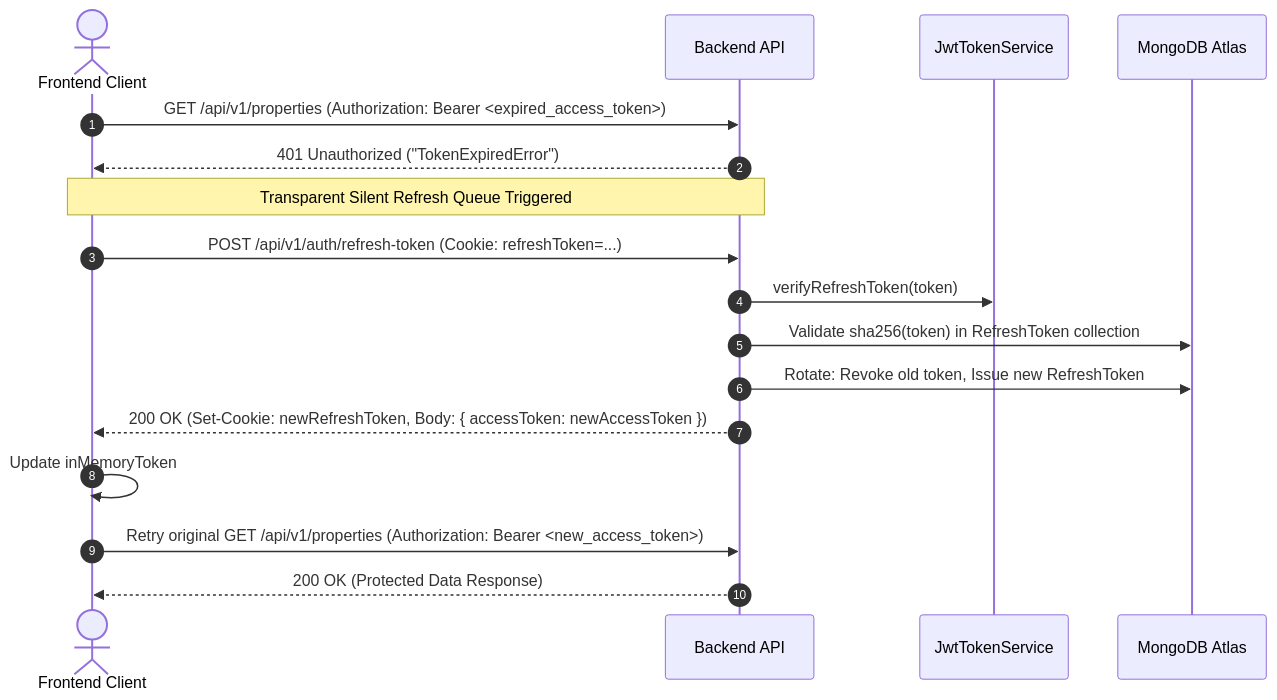
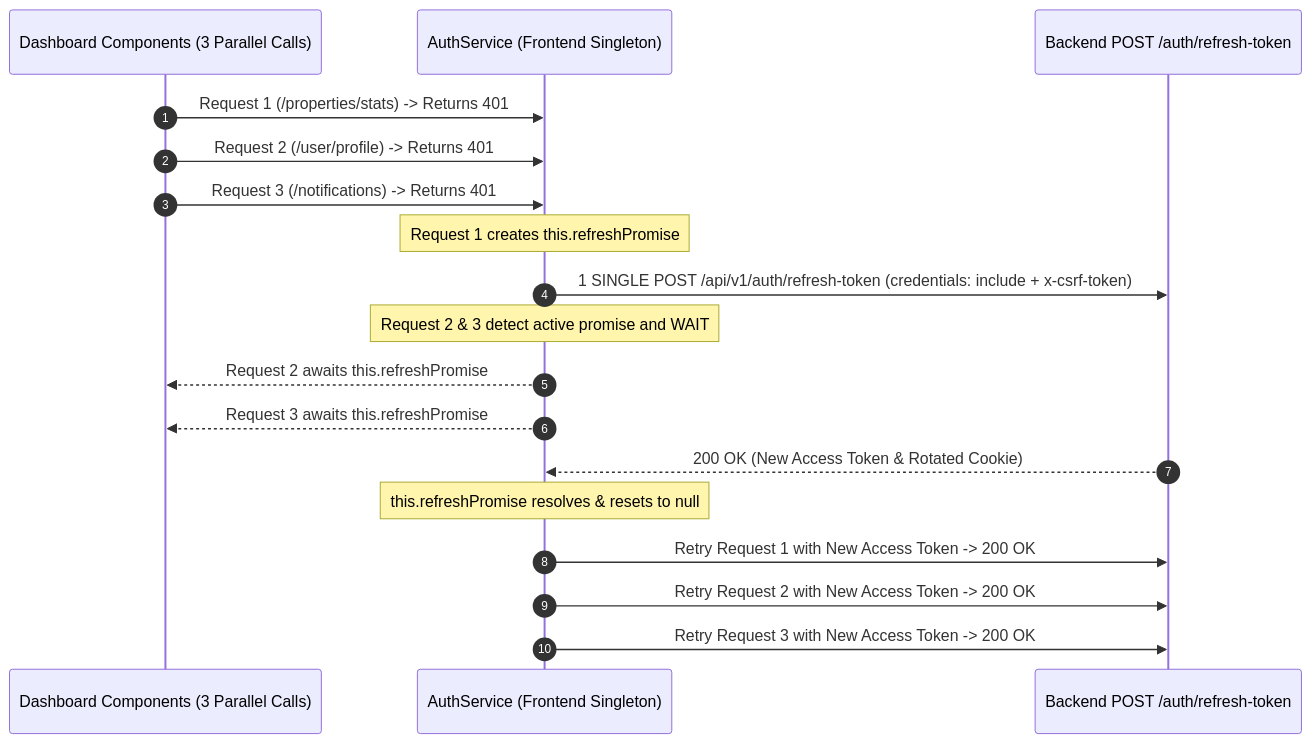
One commit to ayushman-glb/PG-Management-System changed the third of 3 diagrams in SIGNUP_FLOW.md. Above: the diagram before and after it, drawn with Mermaid. The commit also changed other lines of this file and 171 other files, not shown here.

````diff
--- a/SIGNUP_FLOW.md
+++ b/SIGNUP_FLOW.md
@@ -241,22 +529,21 @@
 ```mermaid
 sequenceDiagram
     autonumber
-    actor FE as Frontend Client
-    participant API as Backend API
-    participant TokenService as JwtTokenService
-    participant DB as MongoDB Atlas
+    participant App as Dashboard Components (3 Parallel Calls)
+    participant Auth as AuthService (Frontend Singleton)
+    participant API as Backend POST /auth/refresh-token
 
-    FE->>API: GET /api/v1/properties (Authorization: Bearer <expired_access_token>)
-    API-->>FE: 401 Unauthorized ("TokenExpiredError")
-
-    Note over FE,API: Transparent Silent Refresh Queue Triggered
-    FE->>API: POST /api/v1/auth/refresh-token (Cookie: refreshToken=...)
-    API->>TokenService: verifyRefreshToken(token)
-    API->>DB: Validate sha256(token) in RefreshToken collection
-    API->>DB: Rotate: Revoke old token, Issue new RefreshToken
-    API-->>FE: 200 OK (Set-Cookie: newRefreshToken, Body: { accessToken: newAccessToken })
-    
-    FE->>FE: Update inMemoryToken
-    FE->>API: Retry original GET /api/v1/properties (Authorization: Bearer <new_access_token>)
-    API-->>FE: 200 OK (Protected Data Response)
+    App->>Auth: Request 1 (/properties/stats) -> Returns 401
+    App->>Auth: Request 2 (/user/profile) -> Returns 401
+    App->>Auth: Request 3 (/notifications) -> Returns 401
+    Note over Auth: Request 1 creates this.refreshPromise
+    Auth->>API: 1 SINGLE POST /api/v1/auth/refresh-token (credentials: include + x-csrf-token)
+    Note over Auth: Request 2 & 3 detect active promise and WAIT
+    Auth-->>App: Request 2 awaits this.refreshPromise
+    Auth-->>App: Request 3 awaits this.refreshPromise
+    API-->>Auth: 200 OK (New Access Token & Rotated Cookie)
+    Note over Auth: this.refreshPromise resolves & resets to null
+    Auth->>API: Retry Request 1 with New Access Token -> 200 OK
+    Auth->>API: Retry Request 2 with New Access Token -> 200 OK
+    Auth->>API: Retry Request 3 with New Access Token -> 200 OK
 ```
````
